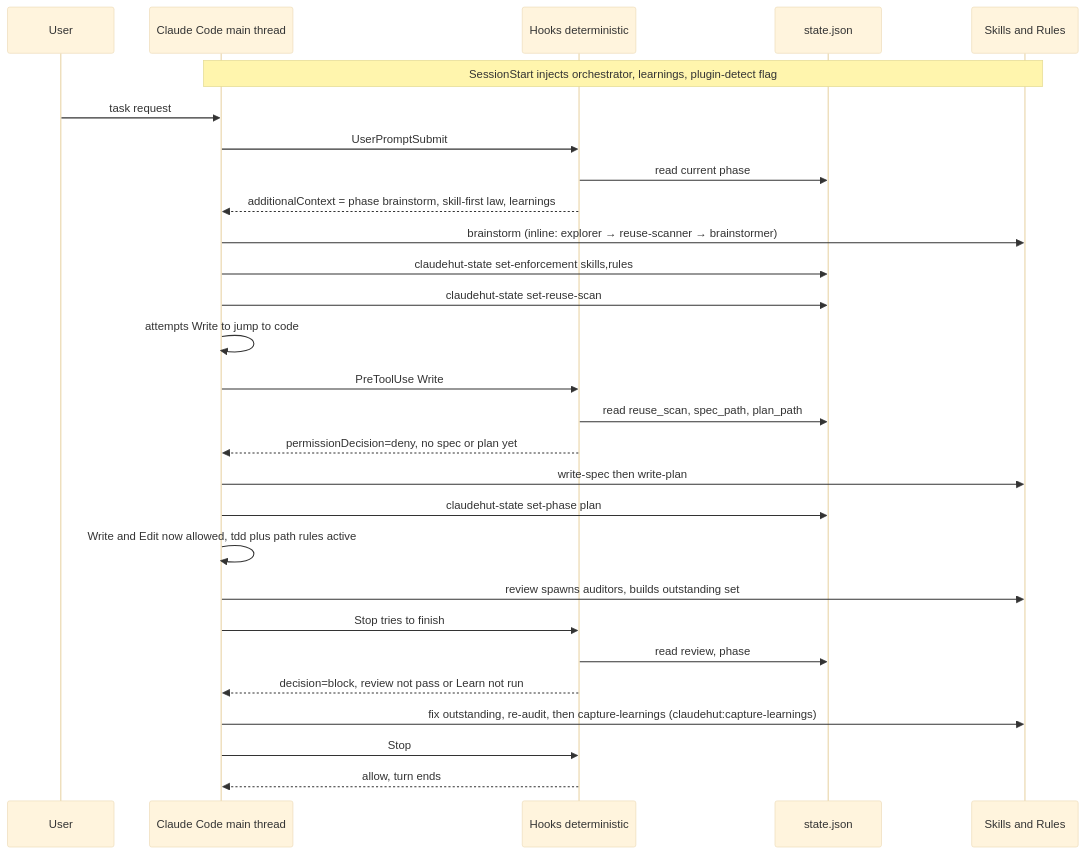
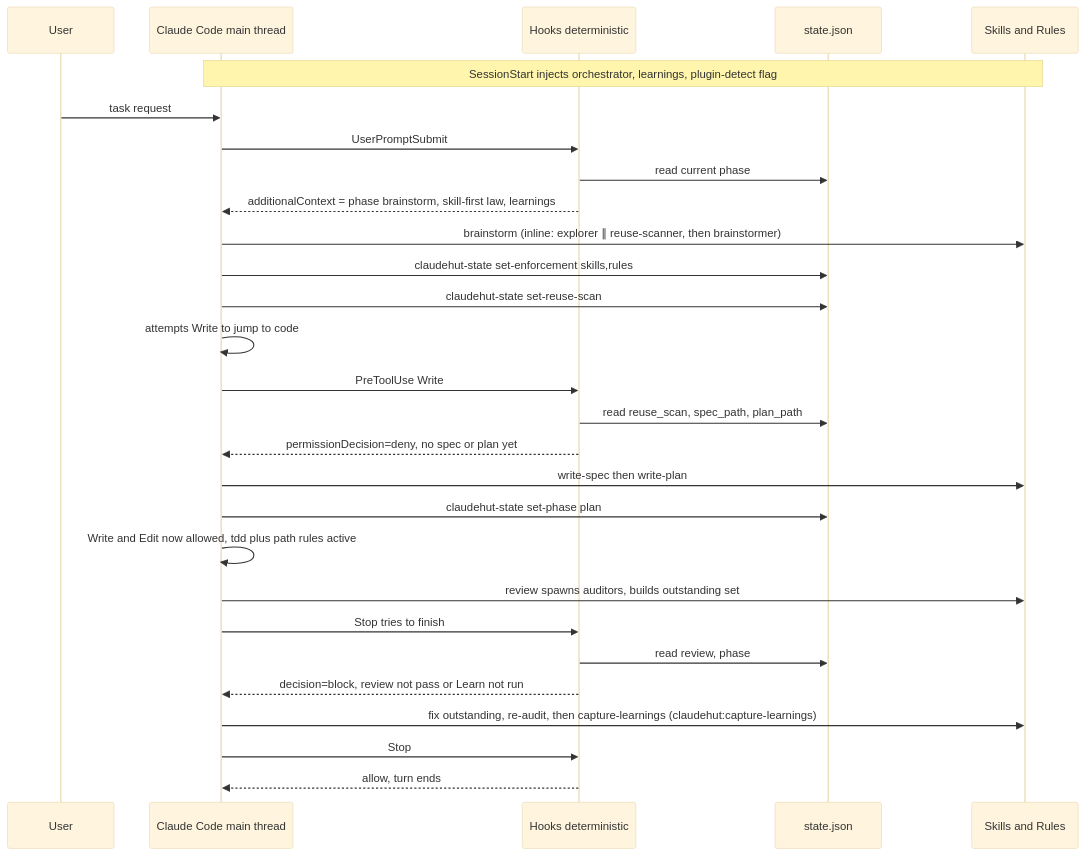
The third of 6 diagrams in .claude/docs/design/01-agentic-workflow.md (taipt1504/claudehut), drawn with Mermaid (base theme) before and after one commit. The commit also changed other lines of this file and 20 other files, not shown here.

````diff
--- a/.claude/docs/design/01-agentic-workflow.md
+++ b/.claude/docs/design/01-agentic-workflow.md
@@ -224,31 +233,31 @@
 ```mermaid
 sequenceDiagram
     participant U as User
     participant CC as Claude Code main thread
     participant H as Hooks deterministic
     participant St as state.json
     participant SK as Skills and Rules
 
     Note over CC,SK: SessionStart injects orchestrator, learnings, plugin-detect flag
     U->>CC: task request
     CC->>H: UserPromptSubmit
     H->>St: read current phase
     H-->>CC: additionalContext = phase brainstorm, skill-first law, learnings
-    CC->>SK: brainstorm (inline: explorer → reuse-scanner → brainstormer)
+    CC->>SK: brainstorm (inline: explorer ∥ reuse-scanner, then brainstormer)
     CC->>St: claudehut-state set-enforcement skills,rules
     CC->>St: claudehut-state set-reuse-scan
     CC->>CC: attempts Write to jump to code
     CC->>H: PreToolUse Write
     H->>St: read reuse_scan, spec_path, plan_path
     H-->>CC: permissionDecision=deny, no spec or plan yet
     CC->>SK: write-spec then write-plan
     CC->>St: claudehut-state set-phase plan
     CC->>CC: Write and Edit now allowed, tdd plus path rules active
     CC->>SK: review spawns auditors, builds outstanding set
     CC->>H: Stop tries to finish
     H->>St: read review, phase
     H-->>CC: decision=block, review not pass or Learn not run
     CC->>SK: fix outstanding, re-audit, then capture-learnings (claudehut:capture-learnings)
     CC->>H: Stop
     H-->>CC: allow, turn ends
 ```
````
